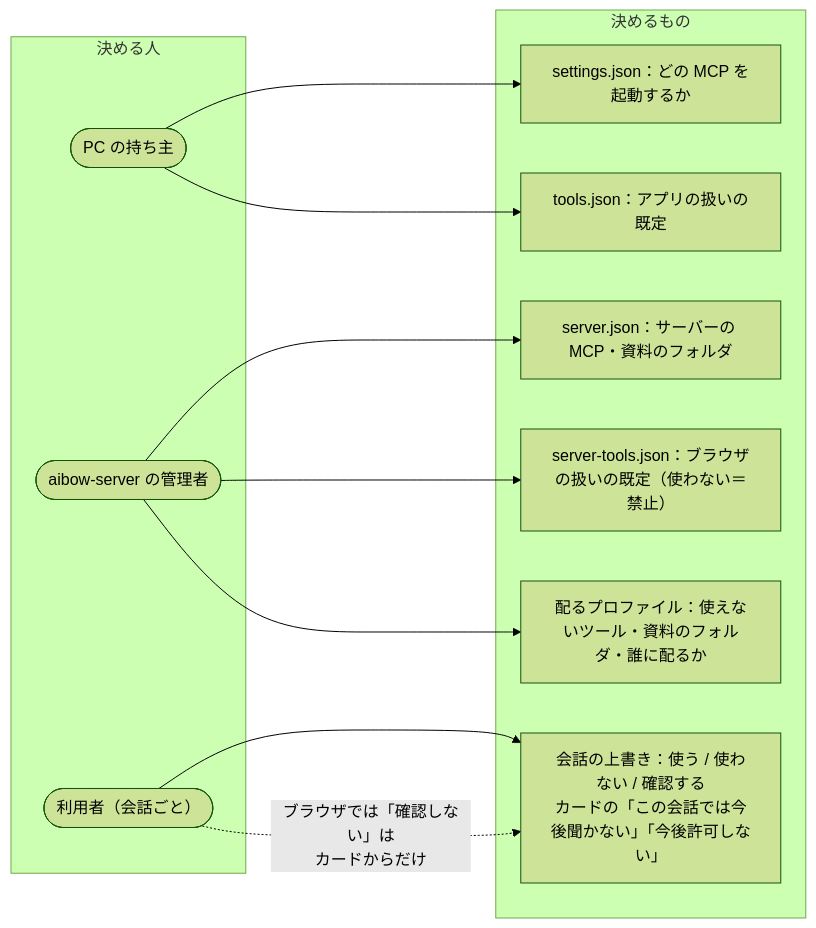
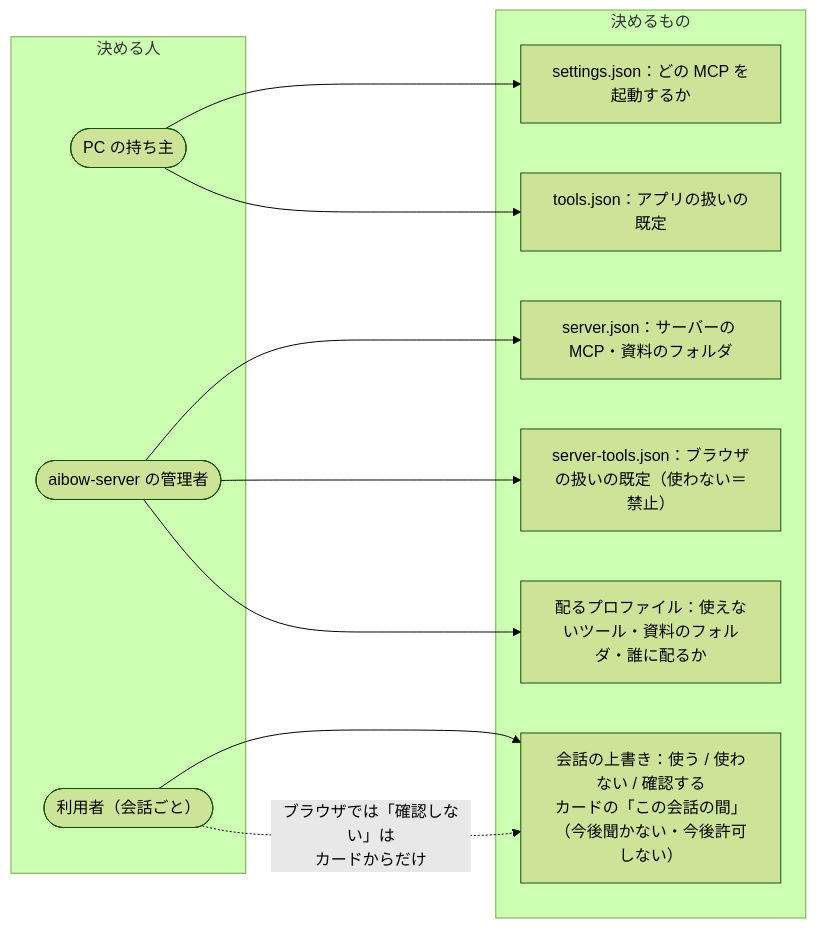
Before and after one commit to secondarykey/aibow: the seventh of 7 diagrams in _docs/diagrams.md, drawn with Mermaid (forest theme). The commit also changed other lines of this file and 41 other files, not shown here.

````diff
--- a/_docs/diagrams.md
+++ b/_docs/diagrams.md
@@ -186,20 +186,20 @@
 ```mermaid
 flowchart LR
   subgraph WHO["決める人"]
     PCU(["PC の持ち主"])
     ADM(["aibow-server の管理者"])
     USR(["利用者（会話ごと）"])
   end
   subgraph WHAT["決めるもの"]
     SJ["settings.json：どの MCP を起動するか"]
     TJ["tools.json：アプリの扱いの既定"]
     SVJ["server.json：サーバーの MCP・資料のフォルダ"]
     STJ["server-tools.json：ブラウザの扱いの既定（使わない＝禁止）"]
     PROF["配るプロファイル：使えないツール・資料のフォルダ・誰に配るか"]
-    CONVP["会話の上書き：使う / 使わない / 確認する<br/>カードの「この会話では今後聞かない」「今後許可しない」"]
+    CONVP["会話の上書き：使う / 使わない / 確認する<br/>カードの「この会話の間」（今後聞かない・今後許可しない）"]
   end
   PCU --> SJ & TJ
   ADM --> SVJ & STJ & PROF
   USR --> CONVP
   USR -. "ブラウザでは「確認しない」は<br/>カードからだけ" .-> CONVP
 ```
````
